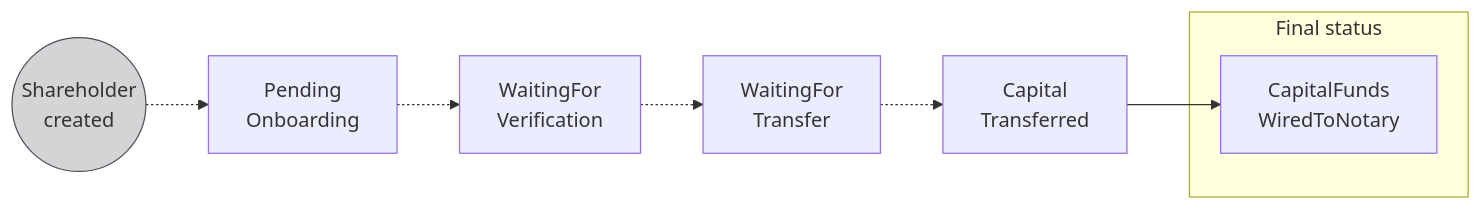
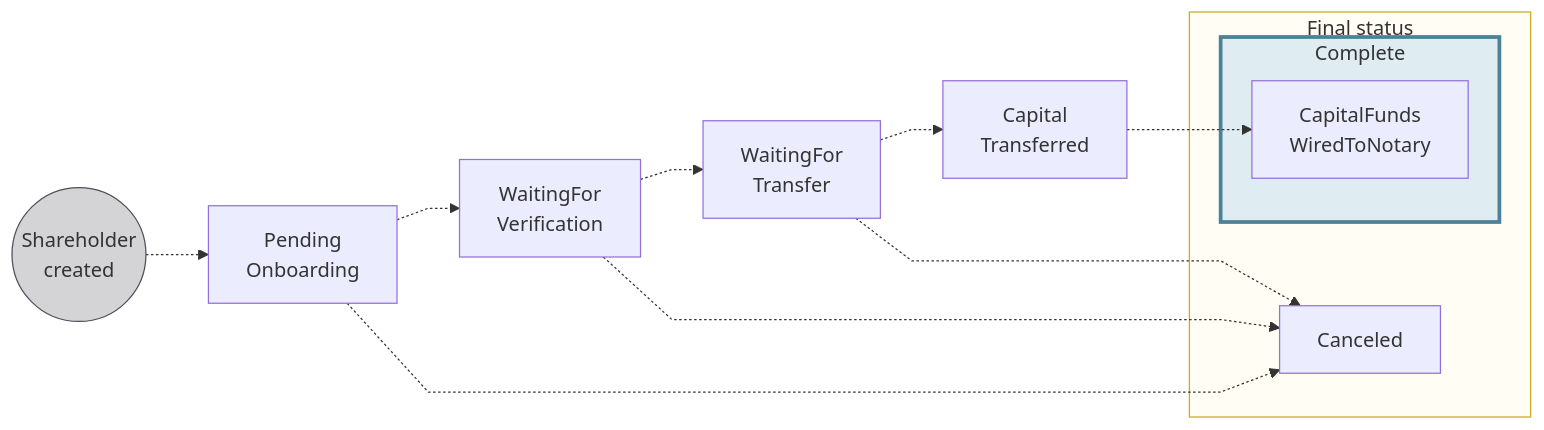
The third of 4 diagrams in docs/topics/capital-deposits/index.mdx (swan-io/docs), drawn with Mermaid before and after one commit. The commit also changed other lines of this file, not shown here.

Commit message:
fixup! DOC-426 Capital deposit shareholder account closes automatically

````diff
--- a/docs/topics/capital-deposits/index.mdx
+++ b/docs/topics/capital-deposits/index.mdx
@@ -223,13 +223,22 @@
 ```mermaid
 %%{ init: { 'flowchart': { 'curve': 'linear' } } }%%
 flowchart LR
     SC((Shareholder<br/>created)) -.-> P[Pending<br/>Onboarding]
     P -.-> WV[WaitingFor<br/>Verification]
     WV -.-> WT[WaitingFor<br/>Transfer]
     WT -.-> CT[Capital<br/>Transferred]
-    CT --> CN[CapitalFunds<br/>WiredToNotary]
-    style SC fill:#D4D3D5,stroke:#514F59
-    subgraph F[Final status]
+    CT -.-> CN[CapitalFunds<br/>WiredToNotary]
+    P -.-> CA[Canceled]
+    WV -.-> CA
+    WT -.-> CA
+    subgraph COM[Complete]
         CN
     end
+    subgraph F[Final status]
+        CA
+        COM
+    end
+    style SC fill:#D4D3D5,stroke:#514F59
+    style COM fill:#dfedf2,stroke:#4d8296,stroke-width:3px
+    style F fill:#fffdf4,stroke:#cca922
 ```
````
